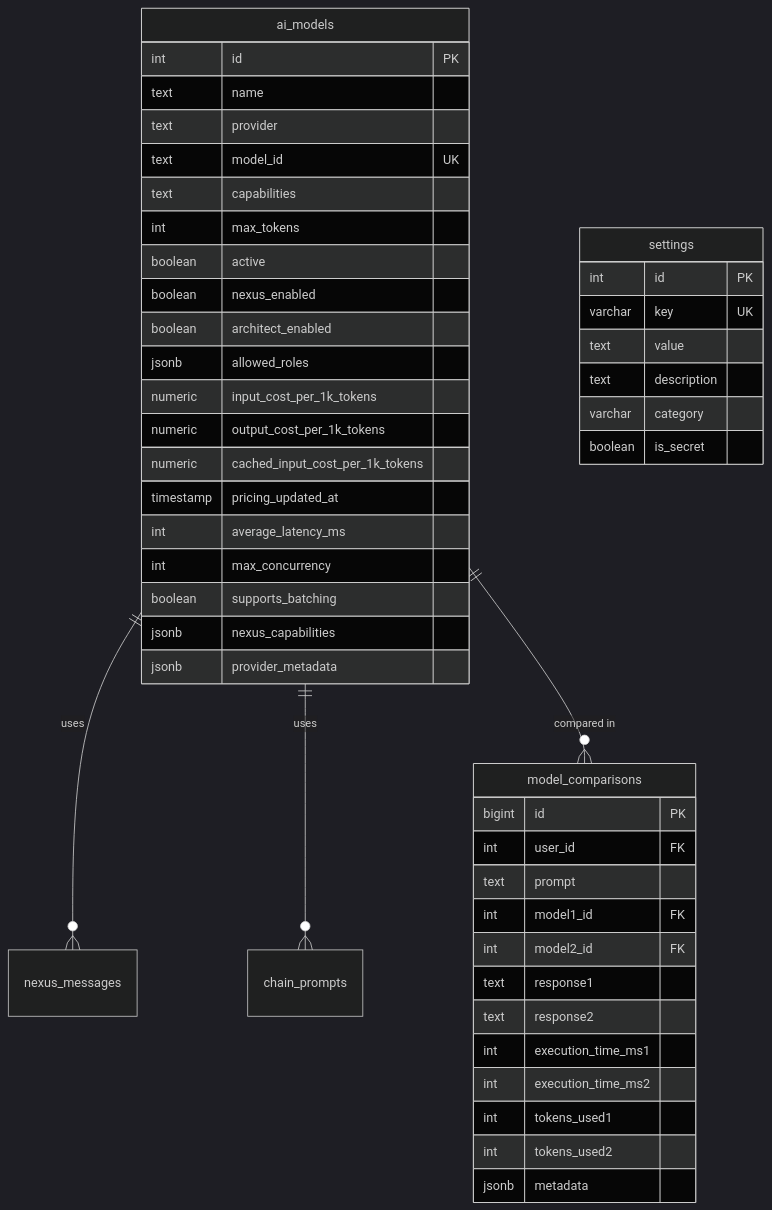
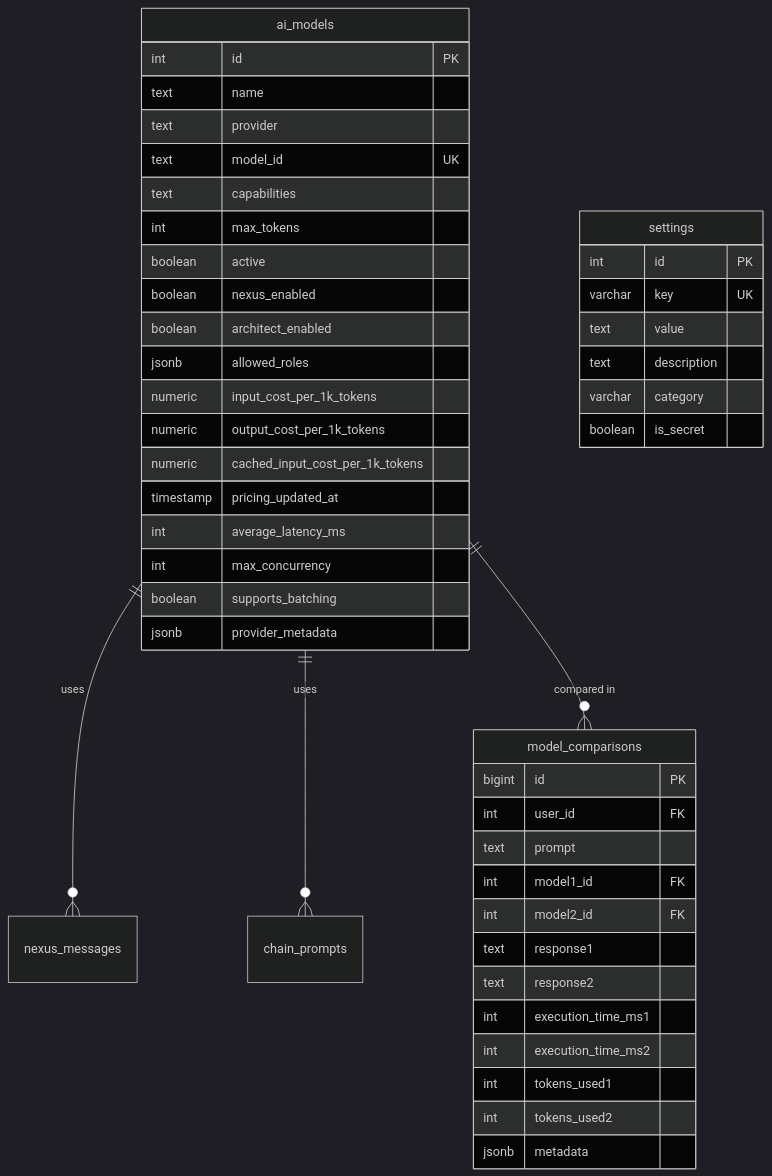
The second of 11 diagrams in docs/diagrams/04-database-erd.md (psd401/aistudio), drawn with Mermaid (dark theme) before and after one commit. The commit also changed 1 other file, not shown here.

Commit message:
docs: update documentation for nexus_capabilities removal
Updates documentation to reflect the consolidation to single unified
capabilities field completed in #594.

**Database ERD (docs/diagrams/04-database-erd.md)**:
- Remove nexus_capabilities JSONB column from ai_models table diagram
- Field was removed in migration 046

**Provider Guide (docs/guides/adding-ai-providers.md)**:
- Update SQL INSERT examples to use capabilities TEXT field
- Replace nexus_capabilities JSONB examples with capabilities JSON array
- Add clarifying comment about TEXT storage format

All code references to nexusCapabilities are legitimate:
- Runtime TypeScript interfaces for capability mapping
- Shared utility function (capabilitiesToNexusCapabilities)
- No database column references remain

Related: #594, #588, Epic #582 cleanup phase

````diff
--- a/docs/diagrams/04-database-erd.md
+++ b/docs/diagrams/04-database-erd.md
@@ -58,51 +58,50 @@
 ```mermaid
 erDiagram
     ai_models ||--o{ nexus_messages : uses
     ai_models ||--o{ chain_prompts : uses
     ai_models ||--o{ model_comparisons : "compared in"
     ai_models {
         int id PK
         text name
         text provider
         text model_id UK
         text capabilities
         int max_tokens
         boolean active
         boolean nexus_enabled
         boolean architect_enabled
         jsonb allowed_roles
         numeric input_cost_per_1k_tokens
         numeric output_cost_per_1k_tokens
         numeric cached_input_cost_per_1k_tokens
         timestamp pricing_updated_at
         int average_latency_ms
         int max_concurrency
         boolean supports_batching
-        jsonb nexus_capabilities
         jsonb provider_metadata
     }
 
     model_comparisons {
         bigint id PK
         int user_id FK
         text prompt
         int model1_id FK
         int model2_id FK
         text response1
         text response2
         int execution_time_ms1
         int execution_time_ms2
         int tokens_used1
         int tokens_used2
         jsonb metadata
     }
 
     settings {
         int id PK
         varchar key UK
         text value
         text description
         varchar category
         boolean is_secret
     }
 ```
````
